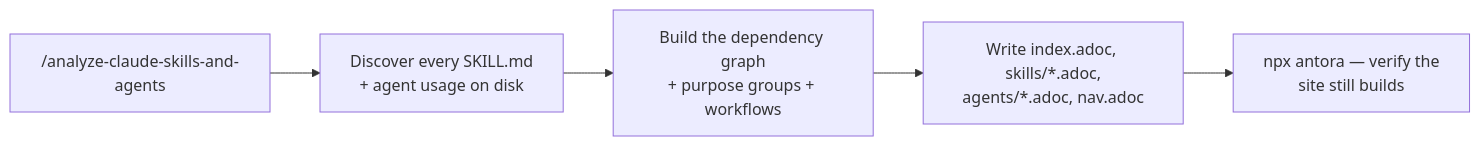
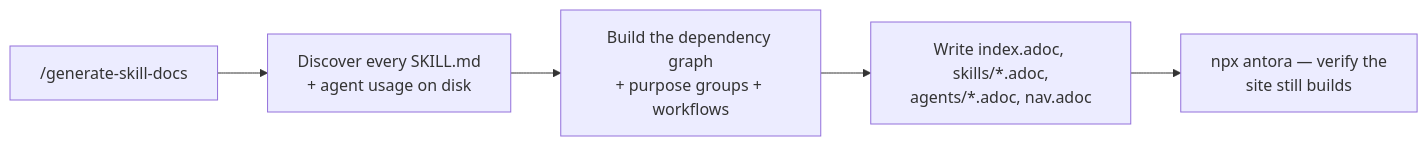
The seventh of 7 diagrams in docs/modules/ROOT/pages/index.adoc (albertoirurueta/ai-catalog), drawn with Mermaid before and after one commit. The commit also changed other lines of this file and 9 other files, not shown here.

Commit message:
Renamed generate-skills-docs

```diff
--- a/docs/modules/ROOT/pages/index.adoc
+++ b/docs/modules/ROOT/pages/index.adoc
@@ -695,8 +695,8 @@
 [mermaid]
 ....
 flowchart LR
-    A["/analyze-claude-skills-and-agents"] --> B["Discover every SKILL.md\n+ agent usage on disk"]
+    A["/generate-skill-docs"] --> B["Discover every SKILL.md\n+ agent usage on disk"]
     B --> C["Build the dependency graph\n+ purpose groups + workflows"]
     C --> D["Write index.adoc, skills/*.adoc,\nagents/*.adoc, nav.adoc"]
     D --> E["npx antora — verify the\nsite still builds"]
 ....
```
